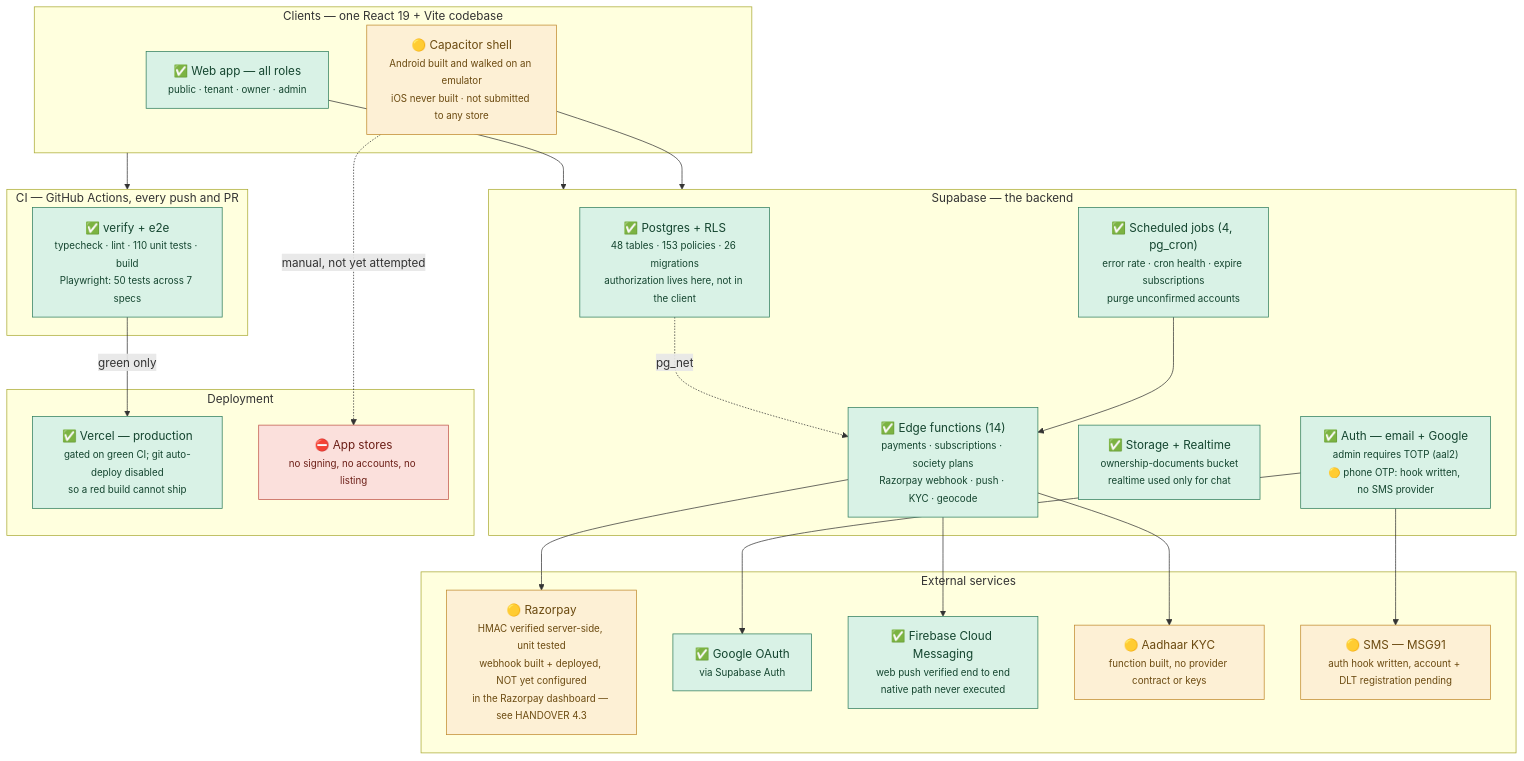
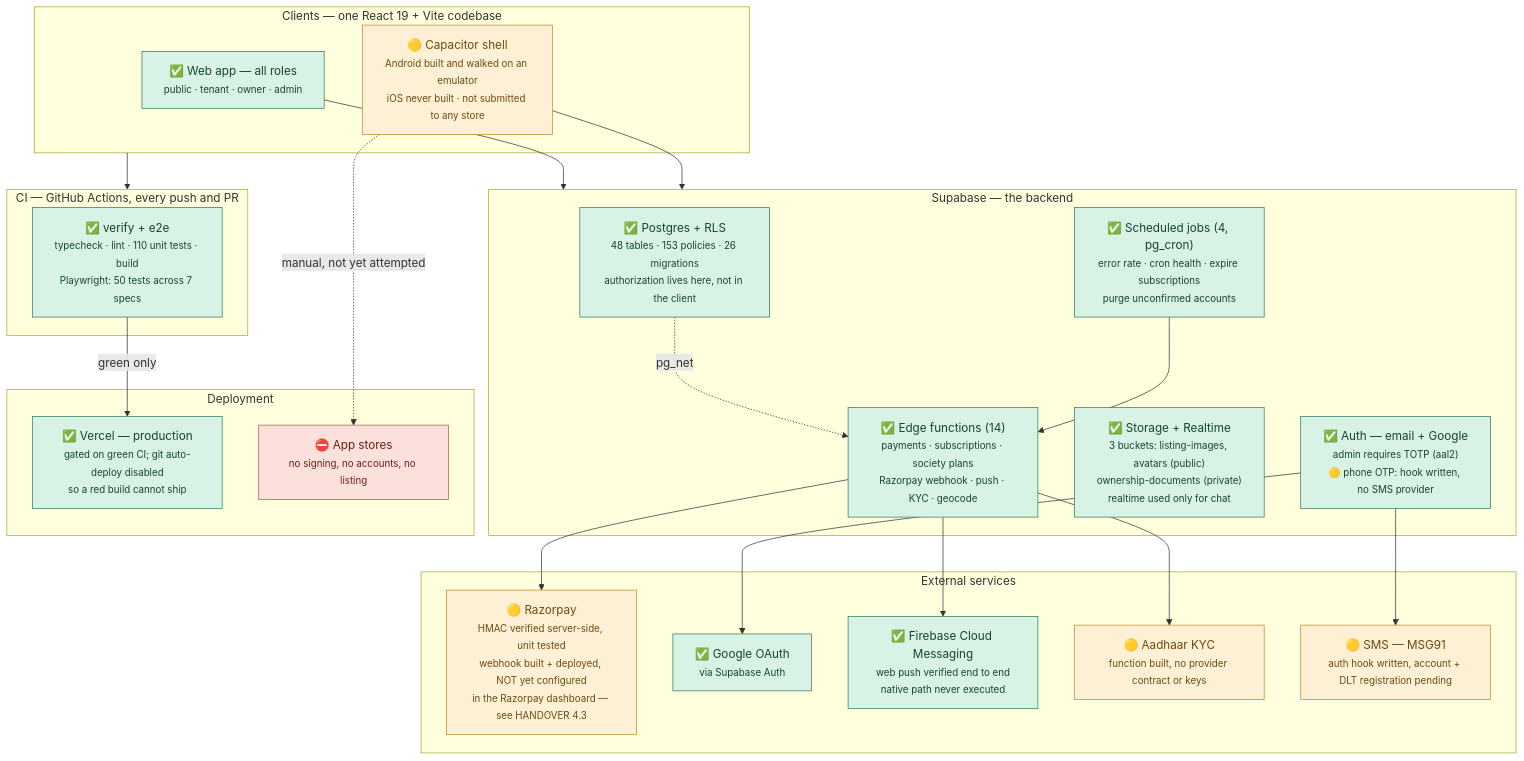
Before and after one commit to skcheguri/Bhavan: the first of 2 diagrams in ARCHITECTURE.md, drawn with Mermaid. The commit also changed 6 other files, not shown here.

````diff
--- a/ARCHITECTURE.md
+++ b/ARCHITECTURE.md
@@ -9,52 +9,52 @@
 ```mermaid
 flowchart TD
   subgraph CLIENT["Clients — one React 19 + Vite codebase"]
     WEB["✅ Web app — all roles<br/><small>public · tenant · owner · admin</small>"]
     CAP["🟡 Capacitor shell<br/><small>Android built and walked on an emulator<br/>iOS never built · not submitted to any store</small>"]
   end
 
   subgraph SUPA["Supabase — the backend"]
     DB["✅ Postgres + RLS<br/><small>48 tables · 153 policies · 26 migrations<br/>authorization lives here, not in the client</small>"]
     AUTH["✅ Auth — email + Google<br/><small>admin requires TOTP (aal2)<br/>🟡 phone OTP: hook written, no SMS provider</small>"]
-    STORE["✅ Storage + Realtime<br/><small>ownership-documents bucket<br/>realtime used only for chat</small>"]
+    STORE["✅ Storage + Realtime<br/><small>3 buckets: listing-images, avatars (public)<br/>ownership-documents (private)<br/>realtime used only for chat</small>"]
     FN["✅ Edge functions (14)<br/><small>payments · subscriptions · society plans<br/>Razorpay webhook · push · KYC · geocode</small>"]
     CRON["✅ Scheduled jobs (4, pg_cron)<br/><small>error rate · cron health · expire subscriptions<br/>purge unconfirmed accounts</small>"]
   end
 
   subgraph EXT["External services"]
     RZP["🟡 Razorpay<br/><small>HMAC verified server-side, unit tested<br/>webhook built + deployed, NOT yet configured<br/>in the Razorpay dashboard — see HANDOVER 4.3</small>"]
     GOOG["✅ Google OAuth<br/><small>via Supabase Auth</small>"]
     FCM["✅ Firebase Cloud Messaging<br/><small>web push verified end to end<br/>native path never executed</small>"]
     AADH["🟡 Aadhaar KYC<br/><small>function built, no provider contract or keys</small>"]
     SMS["🟡 SMS — MSG91<br/><small>auth hook written, account + DLT registration pending</small>"]
   end
 
   subgraph CI["CI — GitHub Actions, every push and PR"]
     GATE["✅ verify + e2e<br/><small>typecheck · lint · 110 unit tests · build<br/>Playwright: 50 tests across 7 specs</small>"]
   end
 
   subgraph DEPLOY["Deployment"]
     VERCEL["✅ Vercel — production<br/><small>gated on green CI; git auto-deploy disabled<br/>so a red build cannot ship</small>"]
     STORES["⛔ App stores<br/><small>no signing, no accounts, no listing</small>"]
   end
 
   WEB --> SUPA
   CAP --> SUPA
   DB -.->|"pg_net"| FN
   CRON --> FN
   FN --> RZP
   FN --> FCM
   FN --> AADH
   AUTH --> GOOG
   AUTH --> SMS
   CLIENT --> CI
   GATE -->|"green only"| VERCEL
   CAP -.->|"manual, not yet attempted"| STORES
 
   classDef ok fill:#d9f2e6,stroke:#2f7d5d,color:#14452f
   classDef partial fill:#fdf0d5,stroke:#c08a2e,color:#6b4a10
   classDef none fill:#fbe0dc,stroke:#c0564a,color:#6b1e16
   class WEB,DB,AUTH,STORE,FN,CRON,GOOG,FCM,GATE,VERCEL ok
   class CAP,AADH,SMS,RZP partial
   class STORES none
 ```
````
